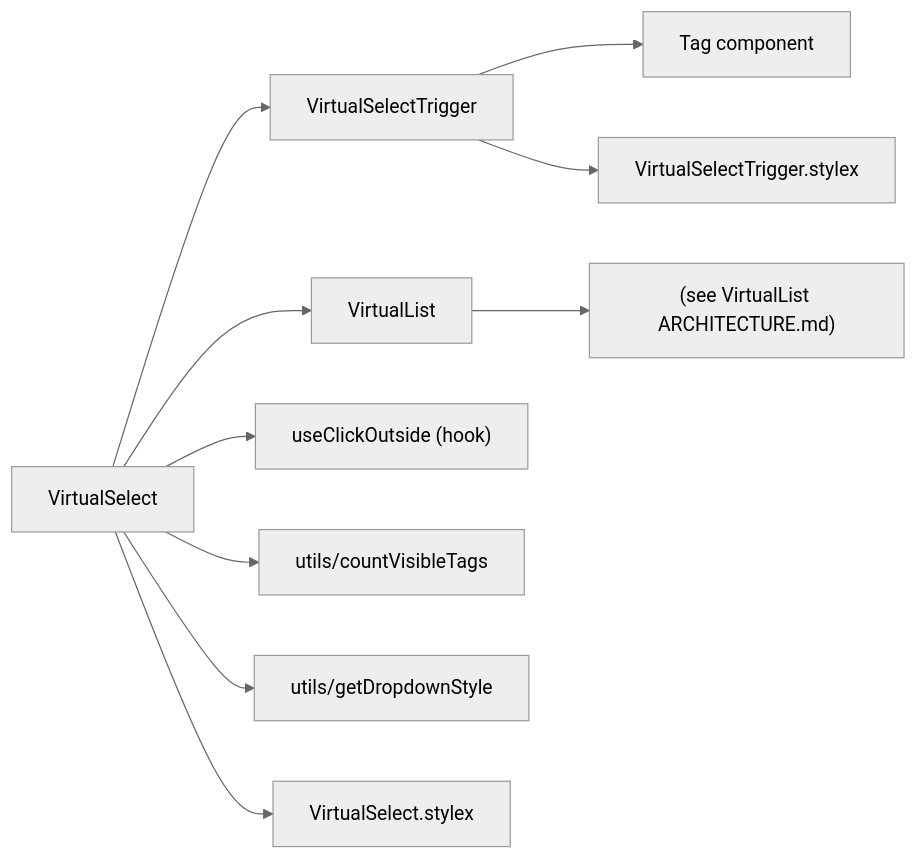
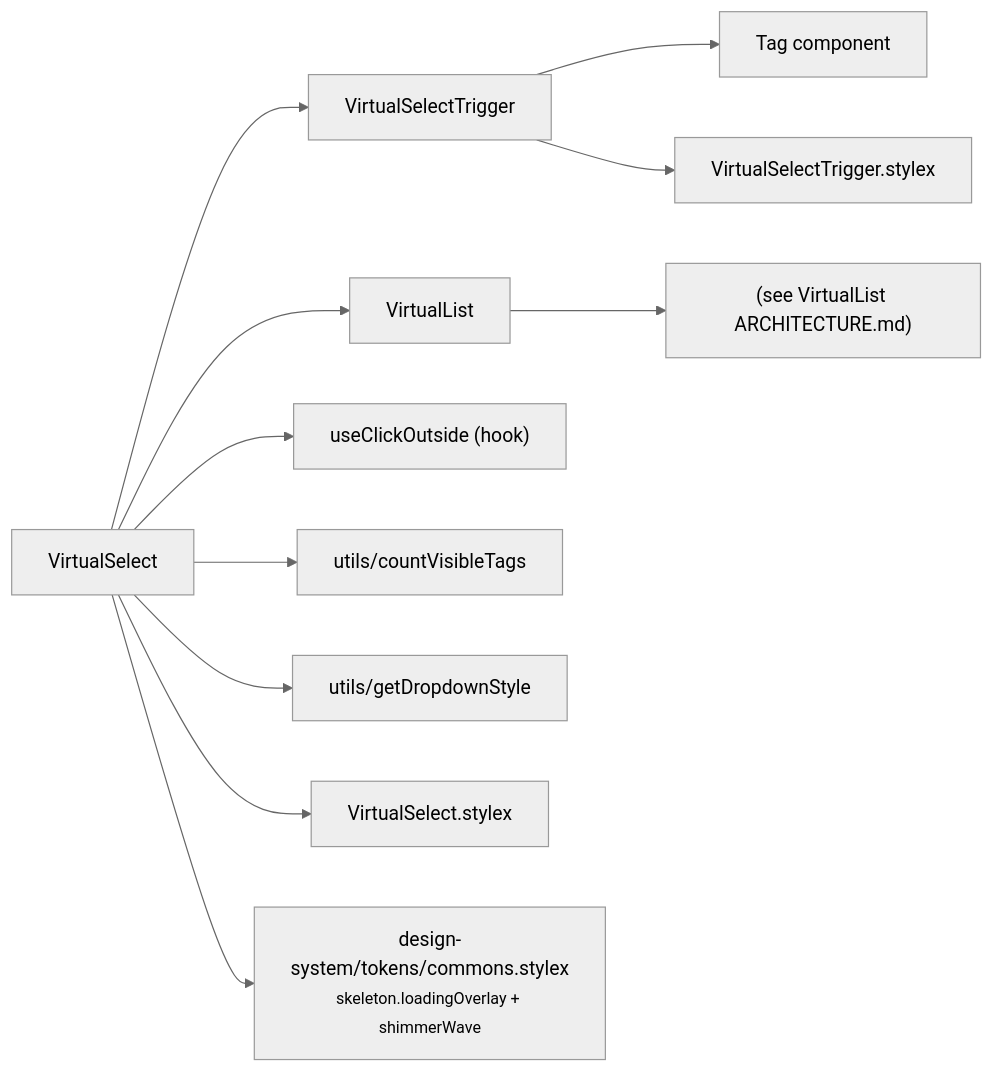
One commit to luciocabrera/lcabrera-stack changed the second of 5 diagrams in apps/react-router/src/components/VirtualSelect/ARCHITECTURE.md. Above: the diagram before and after it, drawn with Mermaid (neutral theme). The commit also changed other lines of this file and 30 other files, not shown here.

````diff
--- a/apps/react-router/src/components/VirtualSelect/ARCHITECTURE.md
+++ b/apps/react-router/src/components/VirtualSelect/ARCHITECTURE.md
@@ -38,14 +38,15 @@
 ```mermaid
 graph LR
   VS["VirtualSelect"] --> VST["VirtualSelectTrigger"]
   VS --> VL["VirtualList"]
   VS --> useClickOutside["useClickOutside (hook)"]
   VS --> countVisibleTags["utils/countVisibleTags"]
   VS --> getDropdownStyle["utils/getDropdownStyle"]
   VS --> VS_stylex["VirtualSelect.stylex"]
+  VS --> skeleton["design-system/tokens/commons.stylex\n<small>skeleton.loadingOverlay + shimmerWave</small>"]
 
   VST --> Tag["Tag component"]
   VST --> VST_stylex["VirtualSelectTrigger.stylex"]
 
   VL --> VirtualList_arch["(see VirtualList ARCHITECTURE.md)"]
 ```
````
